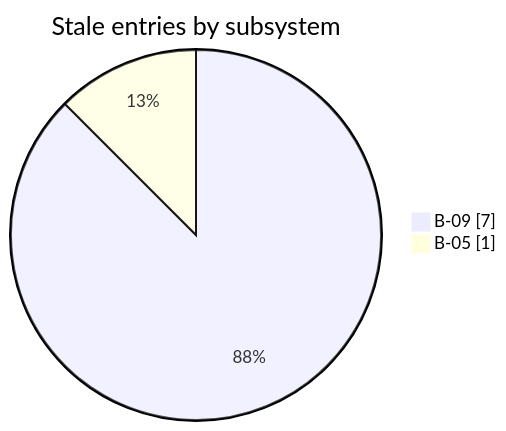
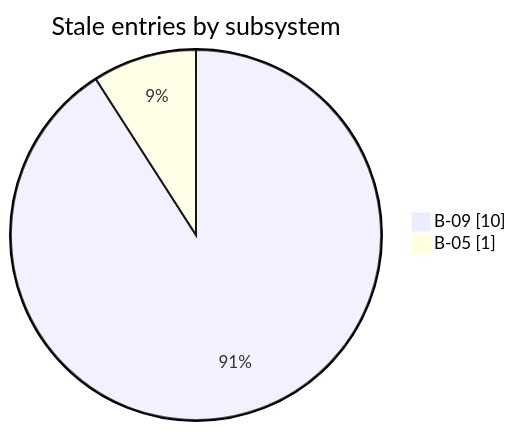
One commit to nfeldman/amanuensis changed the diagram in docs/architecture.md. Above: the diagram before and after it, drawn with Mermaid. The commit also changed 57 other files, not shown here.

````diff
--- a/docs/architecture.md
+++ b/docs/architecture.md
@@ -29,6 +29,6 @@
 ```mermaid
 pie showData
     title Stale entries by subsystem
-    "B-09" : 7
+    "B-09" : 10
     "B-05" : 1
 ```
````
